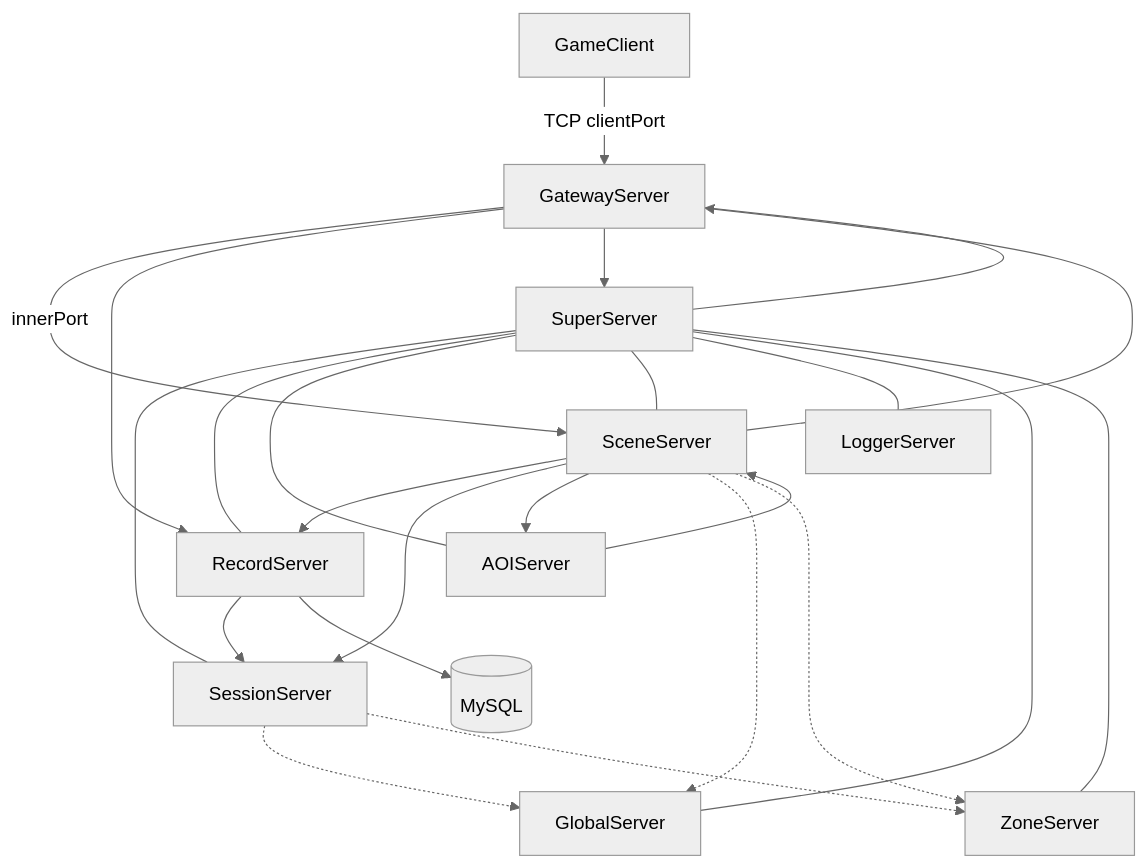
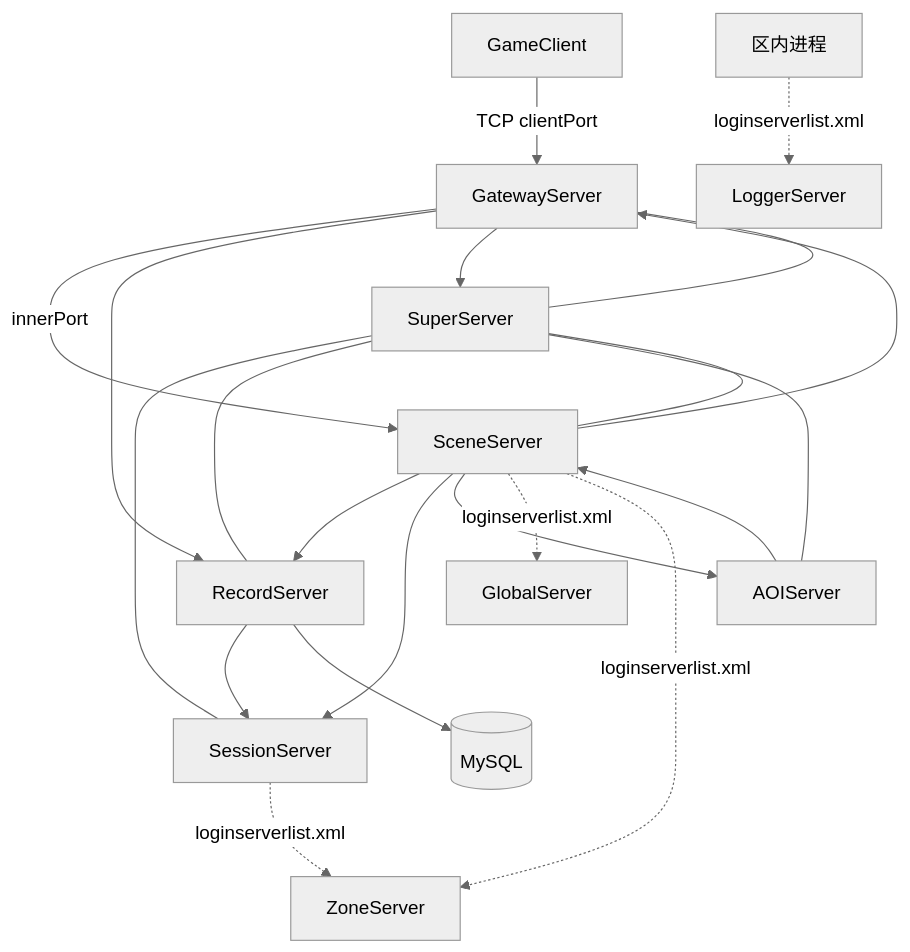
Before and after one commit to hechuangguo/RPG_Server: the first of 5 diagrams in docs/ARCHITECTURE.md, drawn with Mermaid (neutral theme). The commit also changed other lines of this file and 68 other files, not shown here.

````diff
--- a/docs/ARCHITECTURE.md
+++ b/docs/ARCHITECTURE.md
@@ -24,40 +24,36 @@
 ```mermaid
 flowchart TB
     Client[GameClient]
     GW[GatewayServer]
     SS[SuperServer]
     SES[SessionServer]
     REC[RecordServer]
     AOI[AOIServer]
     SCE[SceneServer]
     LOG[LoggerServer]
     GLB[GlobalServer]
     ZON[ZoneServer]
     DB[(MySQL)]
 
     Client -->|TCP clientPort| GW
     GW -->|innerPort| SCE
     GW --> REC
     GW --> SS
 
     SS --- SES
     SS --- REC
     SS --- AOI
     SS --- SCE
     SS --- GW
-    SS --- LOG
-    SS --- GLB
-    SS --- ZON
-
     REC --> SES
     REC --> DB
     AOI --> SCE
     SCE --> REC
     SCE --> SES
     SCE --> GW
     SCE --> AOI
-    SCE -.-> GLB
-    SCE -.-> ZON
-    SES -.-> GLB
-    SES -.-> ZON
+    SCE -.->|loginserverlist.xml| GLB
+    SCE -.->|loginserverlist.xml| ZON
+    SES -.->|loginserverlist.xml| ZON
+    gameZone[区内进程] -.->|loginserverlist.xml| LOG
 ```
````
